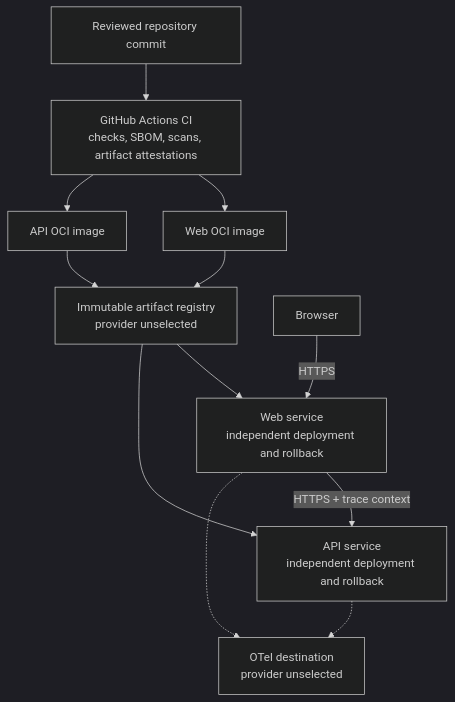
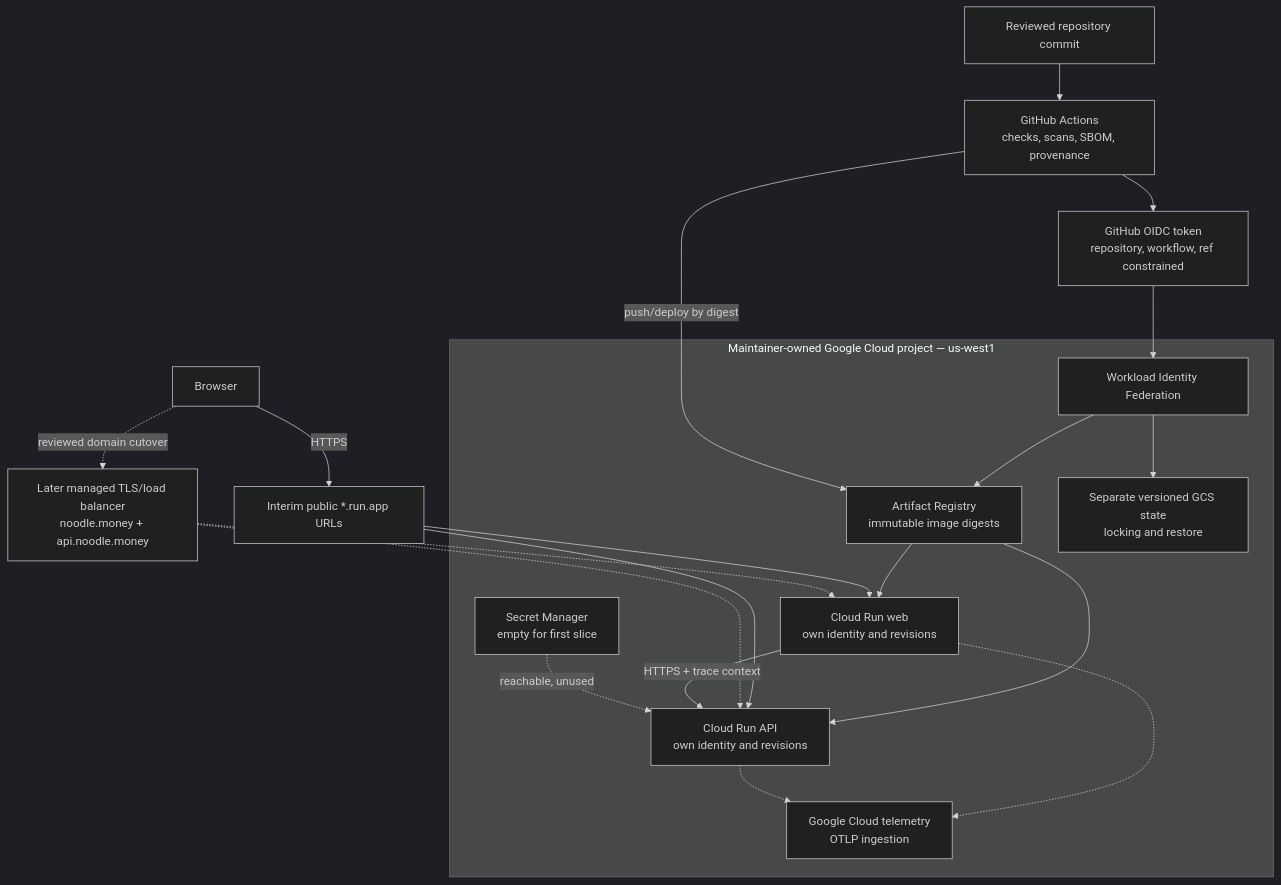
One commit to money-noodle/money-noodle changed the third of 6 diagrams in docs/architecture/overview.md. Above: the diagram before and after it, drawn with Mermaid (dark theme). The commit also changed other lines of this file and 8 other files, not shown here.

Commit message:
Accept first remote deployment composition

````diff
--- a/docs/architecture/overview.md
+++ b/docs/architecture/overview.md
@@ -151,24 +154,38 @@
 ```mermaid
 flowchart TB
     git["Reviewed repository commit"]
-    ci["GitHub Actions CI<br/>checks, SBOM, scans, artifact attestations"]
-    registry["Immutable artifact registry<br/>provider unselected"]
-    webImage["Web OCI image"]
-    apiImage["API OCI image"]
-    webService["Web service<br/>independent deployment and rollback"]
-    apiService["API service<br/>independent deployment and rollback"]
+    ci["GitHub Actions<br/>checks, scans, SBOM, provenance"]
+    oidc["GitHub OIDC token<br/>repository, workflow, ref constrained"]
+
+    subgraph gcp["Maintainer-owned Google Cloud project — us-west1"]
+        wif["Workload Identity Federation"]
+        registry["Artifact Registry<br/>immutable image digests"]
+        state["Separate versioned GCS state<br/>locking and restore"]
+        secrets["Secret Manager<br/>empty for first slice"]
+        webService["Cloud Run web<br/>own identity and revisions"]
+        apiService["Cloud Run API<br/>own identity and revisions"]
+        telemetry["Google Cloud telemetry<br/>OTLP ingestion"]
+    end
+
     browser["Browser"]
-    telemetry["OTel destination<br/>provider unselected"]
+    interim["Interim public *.run.app URLs"]
+    target["Later managed TLS/load balancer<br/>noodle.money + api.noodle.money"]
 
     git --> ci
-    ci --> webImage
-    ci --> apiImage
-    webImage --> registry
-    apiImage --> registry
+    ci --> oidc --> wif
+    wif --> registry
+    wif --> state
+    ci -->|push/deploy by digest| registry
     registry --> webService
     registry --> apiService
-    browser -->|HTTPS| webService
+    browser -->|HTTPS| interim
+    browser -. "reviewed domain cutover" .-> target
+    interim --> webService
+    interim --> apiService
+    target -.-> webService
+    target -.-> apiService
     webService -->|HTTPS + trace context| apiService
+    secrets -. "reachable, unused" .-> apiService
     webService -.-> telemetry
     apiService -.-> telemetry
 ```
````
